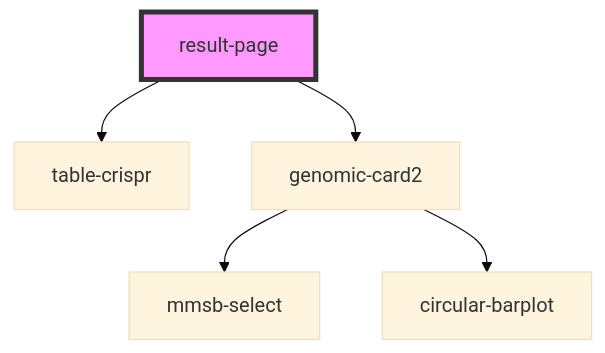
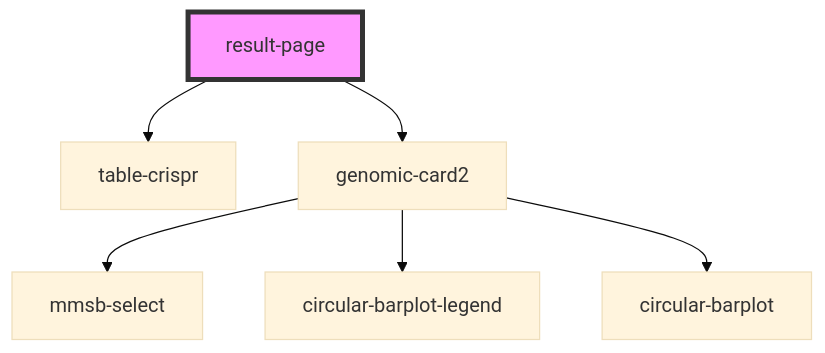
The diagram in src/components/result-page/readme.md (MMSB-MOBI/result_page_crispr), drawn with Mermaid (base theme) before and after one commit. The commit also changed 8 other files, not shown here.

````diff
--- a/src/components/result-page/readme.md
+++ b/src/components/result-page/readme.md
@@ -27,8 +27,9 @@
 ```mermaid
 graph TD;
   result-page --> table-crispr
   result-page --> genomic-card2
   genomic-card2 --> mmsb-select
+  genomic-card2 --> circular-barplot-legend
   genomic-card2 --> circular-barplot
   style result-page fill:#f9f,stroke:#333,stroke-width:4px
 ```
````
